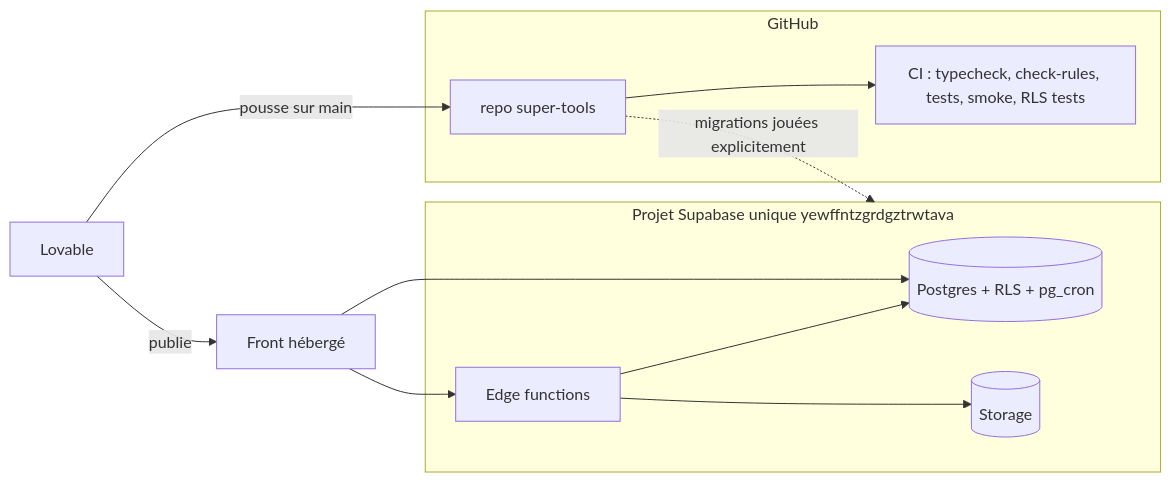
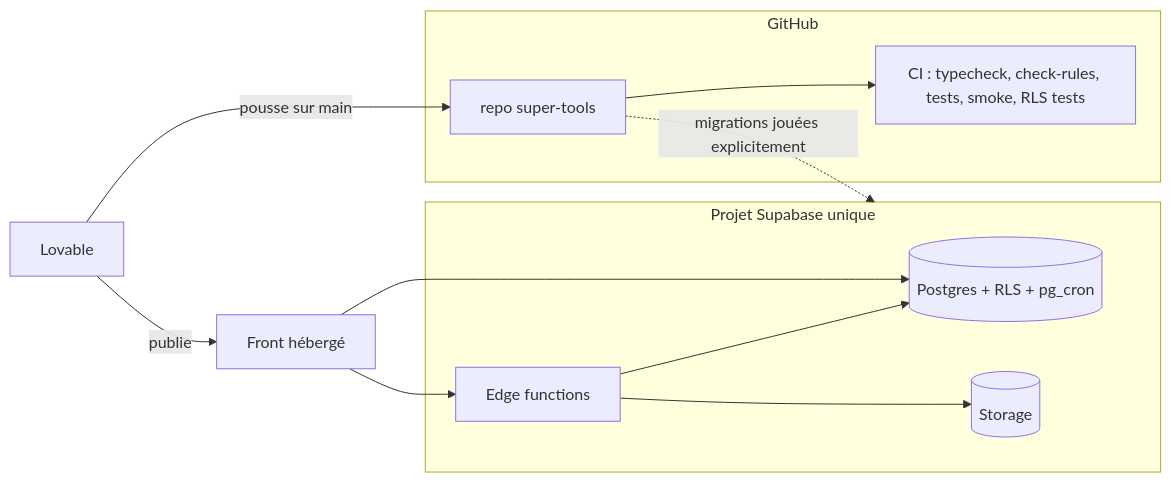
Before and after one commit to romaincouturier/super-tools: the second of 3 diagrams in _bmad-output/planning-artifacts/architecture/architecture-super-tools-2026-09-24/ARCHITECTURE-SPINE.md, drawn with Mermaid. The commit also changed other lines of this file and 2 other files, not shown here.

First line of the commit message:
docs(bmad): spine d'architecture de super-tools (existant ratifié, 15 AD, relectures)

````diff
--- a/_bmad-output/planning-artifacts/architecture/architecture-super-tools-2026-09-24/ARCHITECTURE-SPINE.md
+++ b/_bmad-output/planning-artifacts/architecture/architecture-super-tools-2026-09-24/ARCHITECTURE-SPINE.md
@@ -157,18 +199,18 @@
 ```mermaid
 flowchart LR
   subgraph GitHub
     REPO[repo super-tools] --> CI[CI : typecheck, check-rules, tests, smoke, RLS tests]
   end
   LOV[Lovable] -- pousse sur main --> REPO
   LOV -- publie --> FRONT[Front hébergé]
   REPO -. migrations jouées explicitement .-> SUPA
-  subgraph SUPA[Projet Supabase unique yewffntzgrdgztrwtava]
+  subgraph SUPA[Projet Supabase unique]
     PG[(Postgres + RLS + pg_cron)]
     ST[(Storage)]
     EF[Edge functions]
   end
   FRONT --> PG
   FRONT --> EF
   EF --> PG
   EF --> ST
 ```
````
